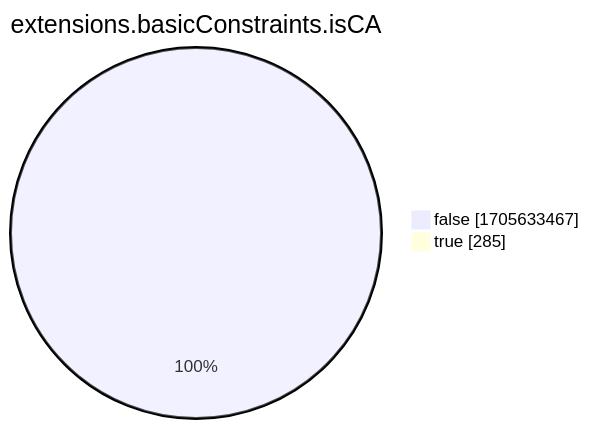
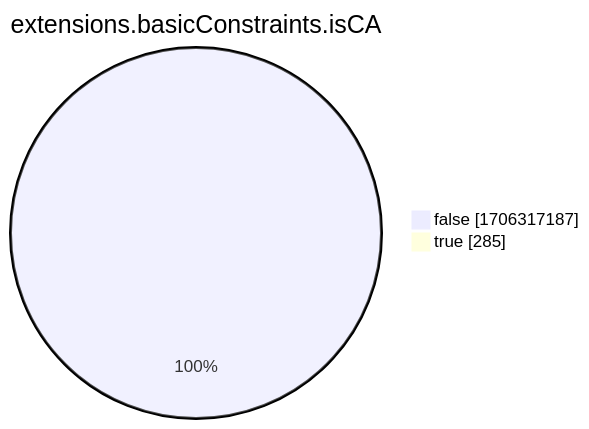
The eighth of 15 diagrams in xenon2022/README.md (christiankrug/ctmonitor_visualization), drawn with Mermaid before and after one commit. The commit also changed other lines of this file, not shown here.

````diff
--- a/xenon2022/README.md
+++ b/xenon2022/README.md
@@ -2865,6 +2865,6 @@
 ```mermaid
 pie showData
 title extensions.basicConstraints.isCA
-"false" :1705633467
+"false" :1706317187
 "true" :285
 ```
````
